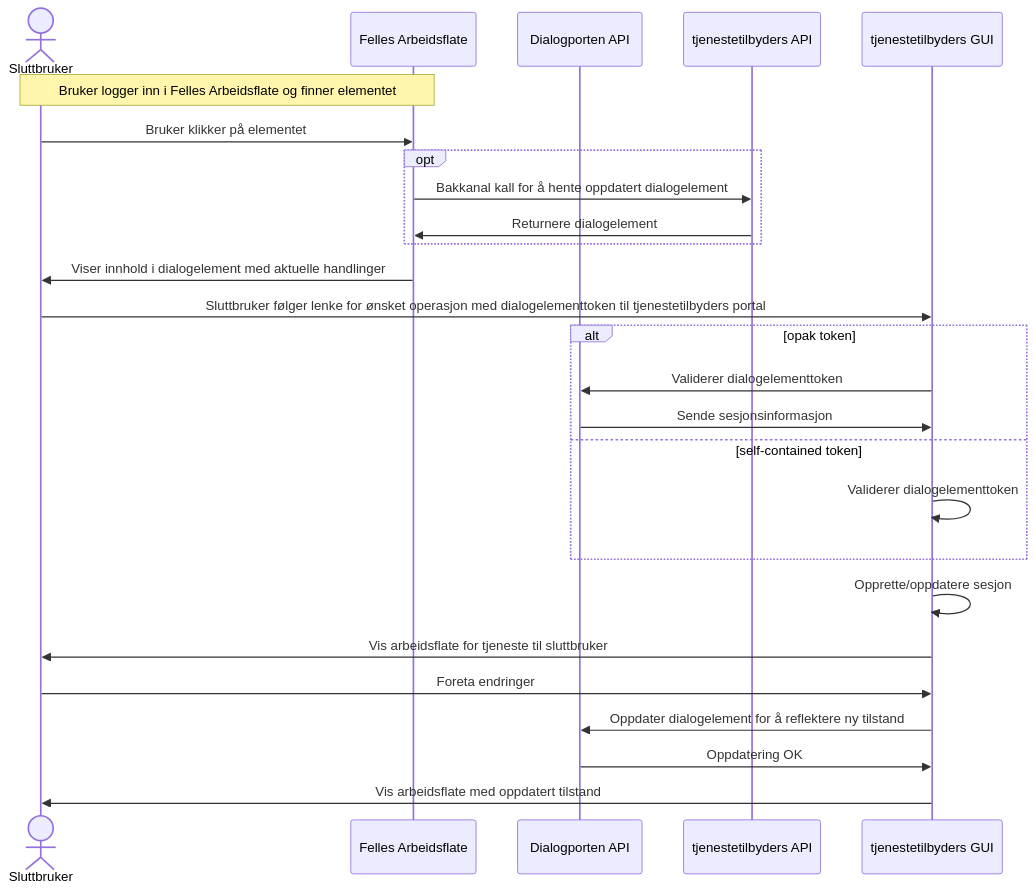
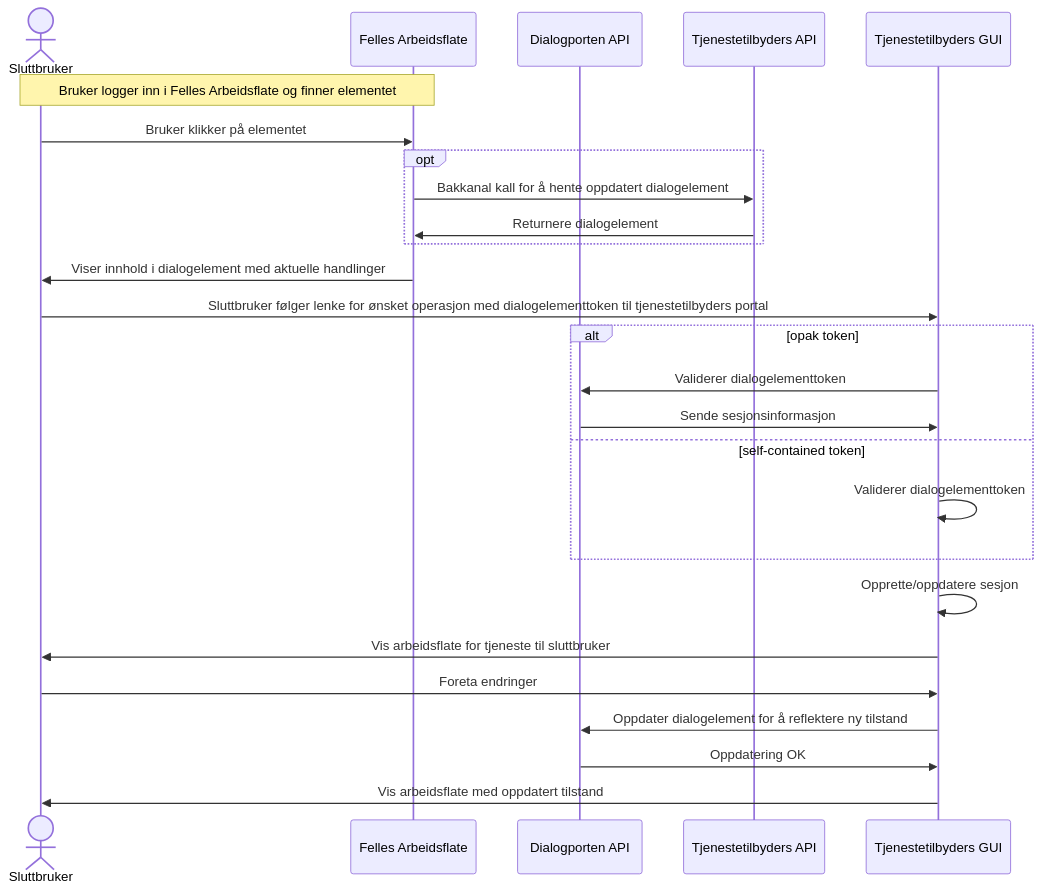
The second of 6 diagrams in dialogporten.md (elsand/elsand.github.io), drawn with Mermaid before and after one commit. The commit also changed other lines of this file, not shown here.

Commit message:
Add note about Felles Arbeidsflate being an example (fixes #22)

````diff
--- a/dialogporten.md
+++ b/dialogporten.md
@@ -303,28 +305,28 @@
 ```mermaid!
 sequenceDiagram
     actor SB as Sluttbruker
     participant GUI as Felles Arbeidsflate
     participant API as Dialogporten API
-    participant TEAPI as tjenestetilbyders API
-    participant TEGUI as tjenestetilbyders GUI
+    participant TEAPI as Tjenestetilbyders API
+    participant TEGUI as Tjenestetilbyders GUI
 note over SB,GUI: Bruker logger inn i Felles Arbeidsflate og finner elementet
 SB->>GUI: Bruker klikker på elementet
 opt
     GUI->>TEAPI: Bakkanal kall for å hente oppdatert dialogelement
     TEAPI->>GUI: Returnere dialogelement
 end
 GUI->>SB: Viser innhold i dialogelement med aktuelle handlinger
 SB->>TEGUI: Sluttbruker følger lenke for ønsket operasjon med dialogelementtoken til tjenestetilbyders portal
 alt opak token
     TEGUI->>API: Validerer dialogelementtoken
     API->>TEGUI: Sende sesjonsinformasjon
 else self-contained token
     TEGUI->>TEGUI: Validerer dialogelementtoken
 end
 TEGUI->>TEGUI: Opprette/oppdatere sesjon
 TEGUI->>SB: Vis arbeidsflate for tjeneste til sluttbruker
 SB->>TEGUI: Foreta endringer
 TEGUI->>API: Oppdater dialogelement for å reflektere ny tilstand
 API->>TEGUI: Oppdatering OK
 TEGUI->>SB: Vis arbeidsflate med oppdatert tilstand
 ```
````
